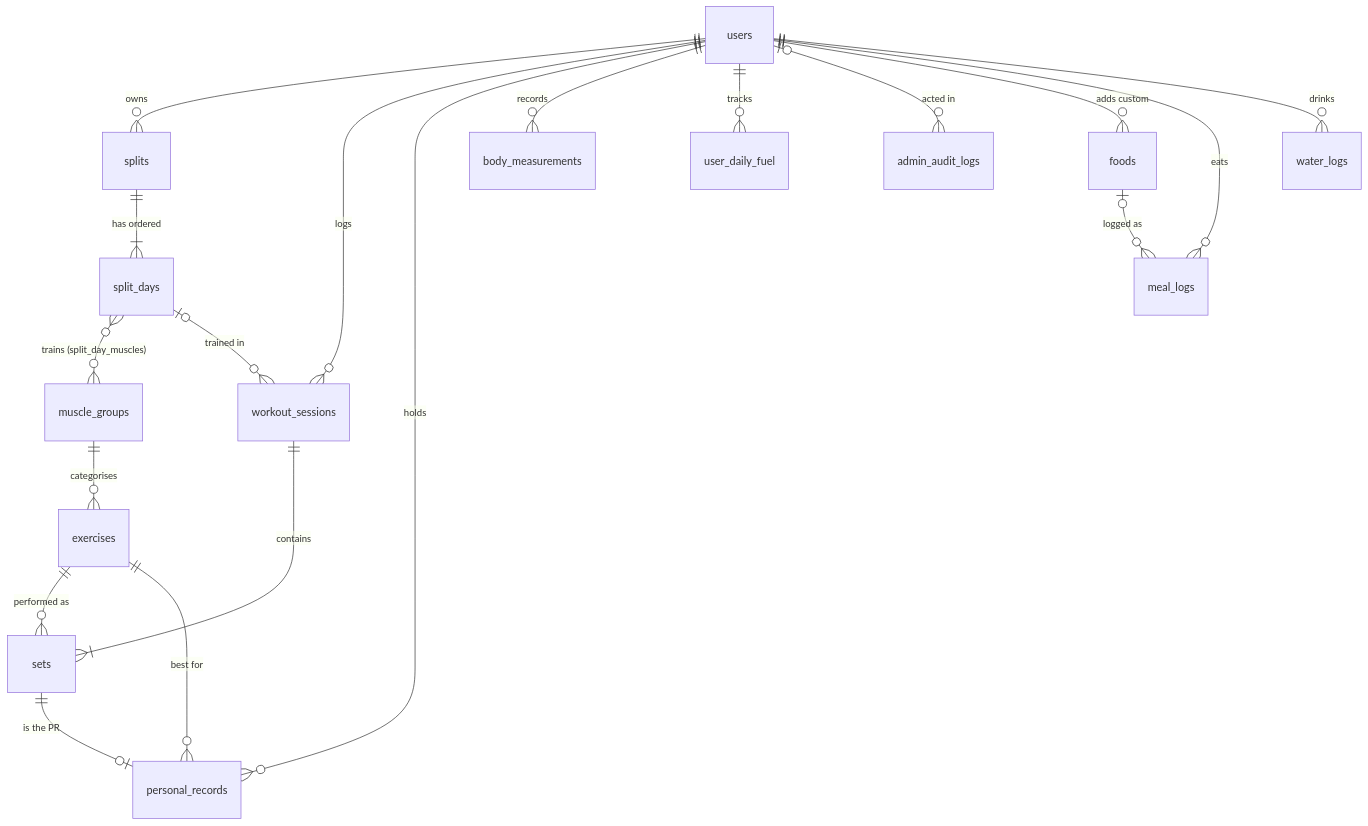
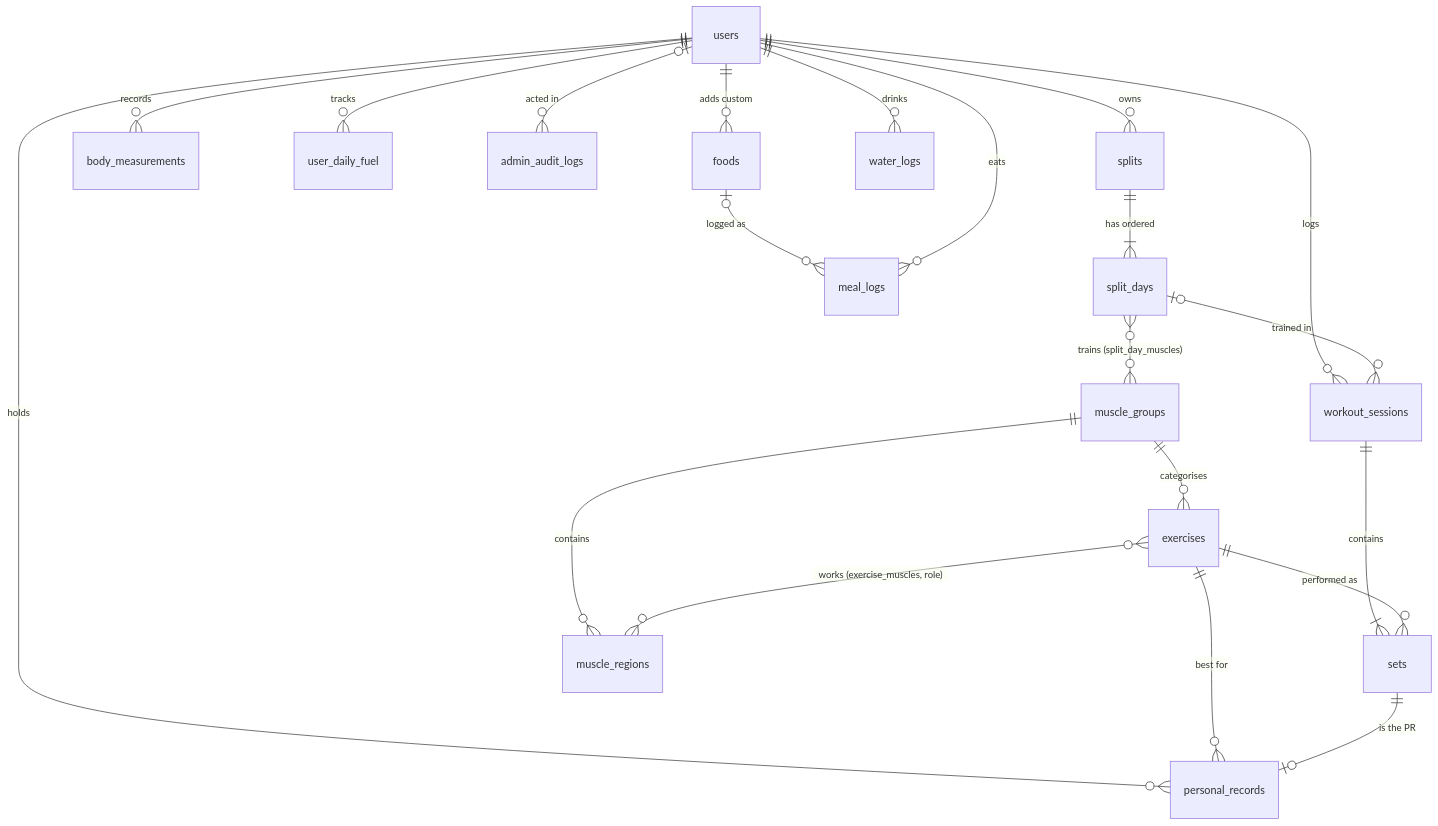
The diagram in docs/DATABASE_DESIGN.md (Gagan-1718/PhysiQ-Gym-Tracker), drawn with Mermaid before and after one commit. The commit also changed other lines of this file and 192 other files, not shown here.

````diff
--- a/docs/DATABASE_DESIGN.md
+++ b/docs/DATABASE_DESIGN.md
@@ -46,21 +46,23 @@
 ```mermaid
 erDiagram
     users ||--o{ splits : owns
     splits ||--|{ split_days : "has ordered"
     split_days }o--o{ muscle_groups : "trains (split_day_muscles)"
     muscle_groups ||--o{ exercises : categorises
     users ||--o{ workout_sessions : logs
     split_days |o--o{ workout_sessions : "trained in"
     workout_sessions ||--|{ sets : contains
     exercises ||--o{ sets : "performed as"
     users ||--o{ personal_records : holds
     exercises ||--o{ personal_records : "best for"
     sets ||--o| personal_records : "is the PR"
     users ||--o{ body_measurements : records
     users ||--o{ user_daily_fuel : tracks
     users |o--o{ admin_audit_logs : "acted in"
     users ||--o{ foods : "adds custom"
     foods |o--o{ meal_logs : "logged as"
     users ||--o{ meal_logs : eats
     users ||--o{ water_logs : drinks
+    muscle_groups ||--o{ muscle_regions : contains
+    exercises }o--o{ muscle_regions : "works (exercise_muscles, role)"
 ```
````
